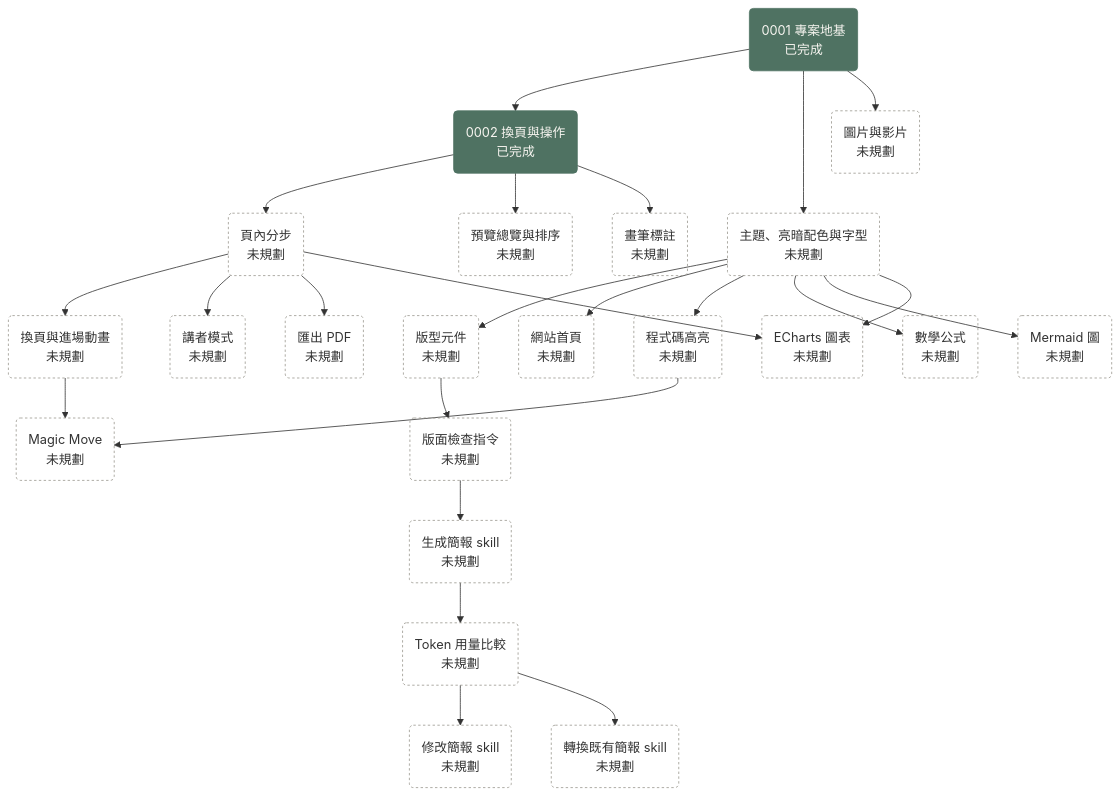
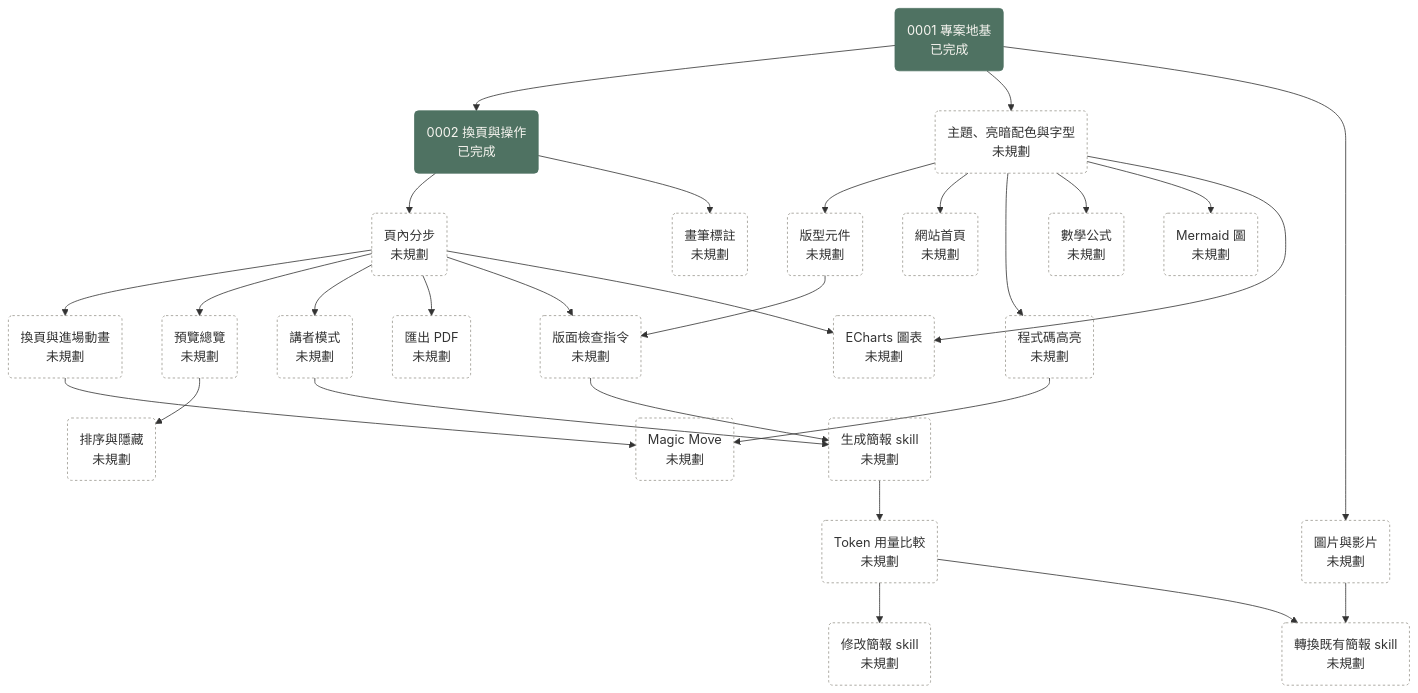
The diagram in docs/plans/roadmap.md (bingyangchen/diapo), drawn with Mermaid before and after one commit. The commit also changed other lines of this file and 1 other file, not shown here.

Commit message:
Split overview roadmap node and fix stage dependencies (#7)

````diff
--- a/docs/plans/roadmap.md
+++ b/docs/plans/roadmap.md
@@ -7,43 +7,45 @@
 ```mermaid
 flowchart TD
   P0001("0001 專案地基<br/>已完成"):::done
   P0002("0002 換頁與操作<br/>已完成"):::done
   steps("頁內分步<br/>未規劃"):::unplanned
   transitions("換頁與進場動畫<br/>未規劃"):::unplanned
   magic_move("Magic Move<br/>未規劃"):::unplanned
-  overview("預覽總覽與排序<br/>未規劃"):::unplanned
+  overview("預覽總覽<br/>未規劃"):::unplanned
+  reorder("排序與隱藏<br/>未規劃"):::unplanned
   annotation("畫筆標註<br/>未規劃"):::unplanned
   presenter("講者模式<br/>未規劃"):::unplanned
   theme("主題、亮暗配色與字型<br/>未規劃"):::unplanned
   layouts("版型元件<br/>未規劃"):::unplanned
   media("圖片與影片<br/>未規劃"):::unplanned
   code_highlight("程式碼高亮<br/>未規劃"):::unplanned
   math("數學公式<br/>未規劃"):::unplanned
   mermaid_diagram("Mermaid 圖<br/>未規劃"):::unplanned
   charts("ECharts 圖表<br/>未規劃"):::unplanned
   pdf_export("匯出 PDF<br/>未規劃"):::unplanned
   site_home("網站首頁<br/>未規劃"):::unplanned
   layout_check("版面檢查指令<br/>未規劃"):::unplanned
   skill_generate("生成簡報 skill<br/>未規劃"):::unplanned
   token_benchmark("Token 用量比較<br/>未規劃"):::unplanned
   skill_modify("修改簡報 skill<br/>未規劃"):::unplanned
   skill_convert("轉換既有簡報 skill<br/>未規劃"):::unplanned
   P0001 --> P0002 --> steps --> transitions --> magic_move
-  P0002 --> overview
+  steps --> overview --> reorder
   P0002 --> annotation
-  steps --> presenter
+  steps --> presenter --> skill_generate
   steps --> pdf_export
+  steps --> layout_check
   P0001 --> theme --> layouts --> layout_check --> skill_generate
   skill_generate --> token_benchmark --> skill_modify
   token_benchmark --> skill_convert
-  P0001 --> media
+  P0001 --> media --> skill_convert
   theme --> site_home
   theme --> code_highlight --> magic_move
   theme --> math
   theme --> mermaid_diagram
   theme --> charts
   steps --> charts
   classDef done fill:#4f7262,stroke:#4f7262,color:#f7f5f0
   classDef approved fill:none,stroke:#6b8f7e,stroke-width:1.5px
   classDef unplanned fill:none,stroke:#9a978f,stroke-dasharray:3 3
 ```
````
